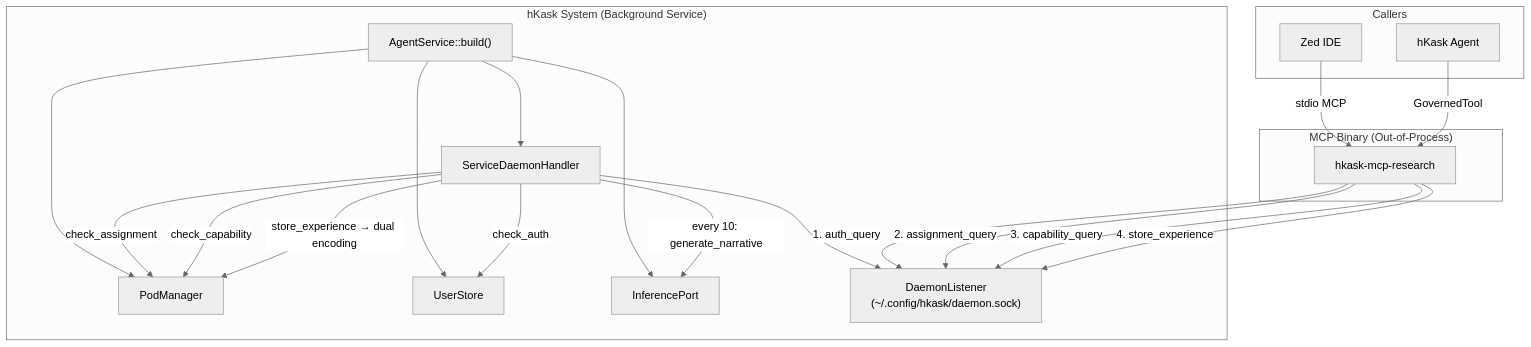
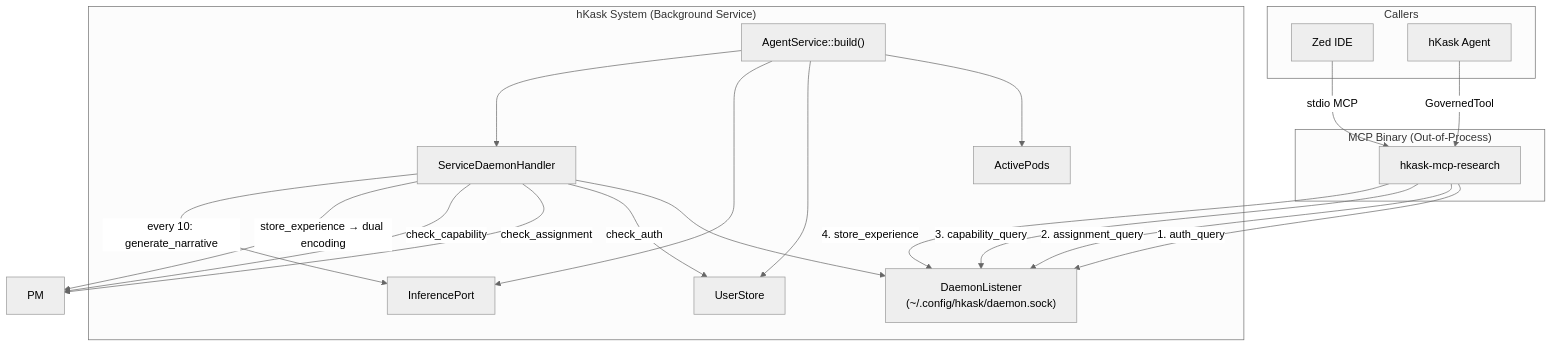
Before and after one commit to mdz-axo/hKask: the seventh of 8 diagrams in docs/architecture/hKask-architecture-master.md, drawn with Mermaid (neutral theme). The commit also changed other lines of this file and 21 other files, not shown here.

````diff
--- a/docs/architecture/hKask-architecture-master.md
+++ b/docs/architecture/hKask-architecture-master.md
@@ -707,38 +707,38 @@
 ```mermaid
 graph TD
     subgraph "hKask System (Background Service)"
         AS["AgentService::build()"]
-        PM["PodManager"]
+        AP["ActivePods"]
         US["UserStore"]
         IP["InferencePort"]
         DH["ServiceDaemonHandler"]
         DL["DaemonListener<br/>(~/.config/hkask/daemon.sock)"]
-        AS --> PM
+        AS --> AP
         AS --> US
         AS --> IP
         AS --> DH
         DH --> DL
     end
 
     subgraph "MCP Binary (Out-of-Process)"
         BIN["hkask-mcp-research"]
         BIN -->|"1. auth_query"| DL
         BIN -->|"2. assignment_query"| DL
         BIN -->|"3. capability_query"| DL
         BIN -->|"4. store_experience"| DL
     end
 
     subgraph "Callers"
         IDE["Zed IDE"]
         HK["hKask Agent"]
     end
 
     IDE -->|"stdio MCP"| BIN
     HK -->|"GovernedTool"| BIN
 
     DH -->|"check_auth"| US
     DH -->|"check_assignment"| PM
     DH -->|"check_capability"| PM
     DH -->|"store_experience → dual encoding"| PM
     DH -->|"every 10: generate_narrative"| IP
 ```
````
